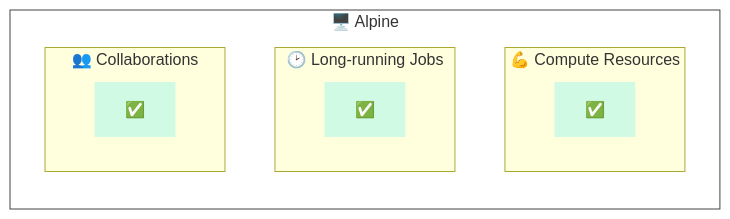
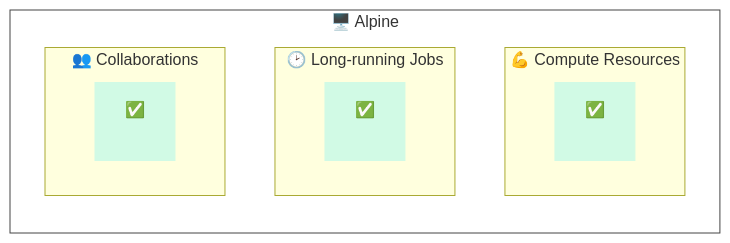
The second of 8 diagrams in _posts/2023-07-07-Using-Python-and-Anaconda-with-the-Alpine-HPC-Cluster.md (CU-DBMI/set-website), drawn with Mermaid before and after one commit.

Commit message:
checkmark breaks

````diff
--- a/_posts/2023-07-07-Using-Python-and-Anaconda-with-the-Alpine-HPC-Cluster.md
+++ b/_posts/2023-07-07-Using-Python-and-Anaconda-with-the-Alpine-HPC-Cluster.md
@@ -63,21 +63,21 @@
 ```mermaid!
 flowchart LR
     subgraph alpine["🖥️ Alpine<br/><br/>"]
         direction TB
         subgraph resources["💪 Compute Resources<br/><br/>"]
-            check1["✅"]
+            check1["✅<br/><br/>"]
         end
         subgraph time["🕑 Long-running Jobs<br/><br/>"]
-            check2["✅"]
+            check2["✅<br/><br/>"]
         end
         subgraph collaborations["👥 Collaborations<br/><br/>"]
-            check3["✅"]
+            check3["✅<br/><br/>"]
         end
     end
 
 style alpine fill:#ffffff,stroke:#444444;
 style check1 fill:#D1FAE5,stroke:#D1FAE5;
 style check2 fill:#D1FAE5,stroke:#D1FAE5;
 style check3 fill:#D1FAE5,stroke:#D1FAE5;
 style alpine fill:#ffffff,stroke:#444444;
 ```
````
